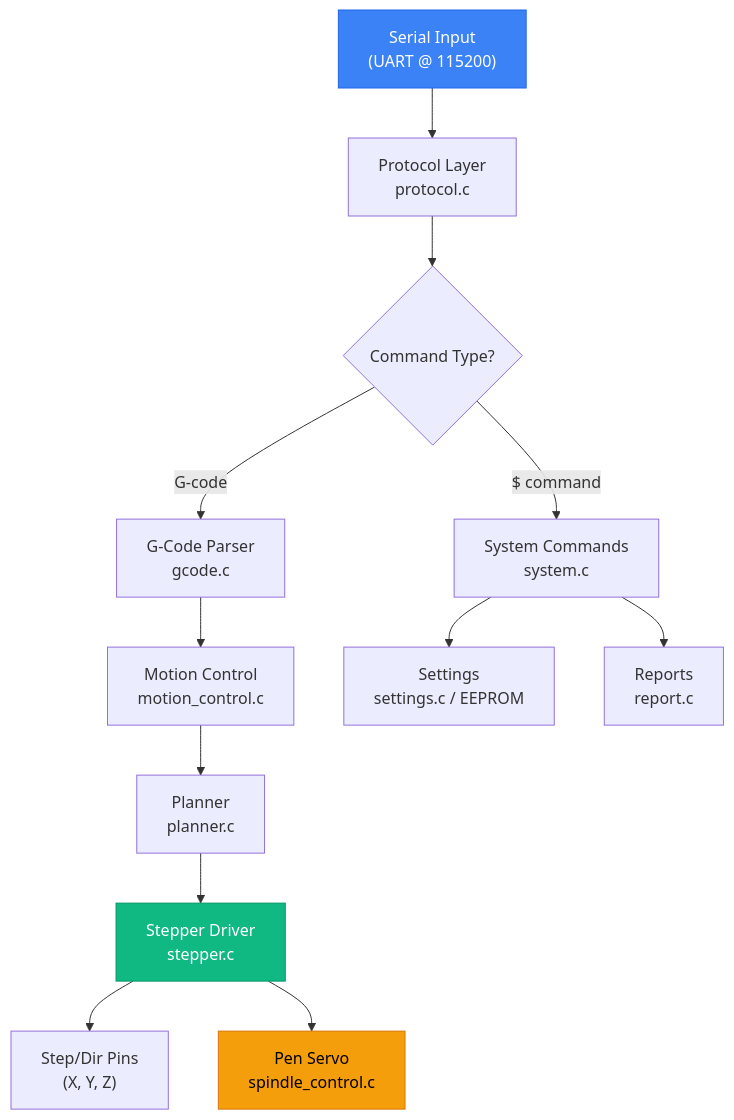
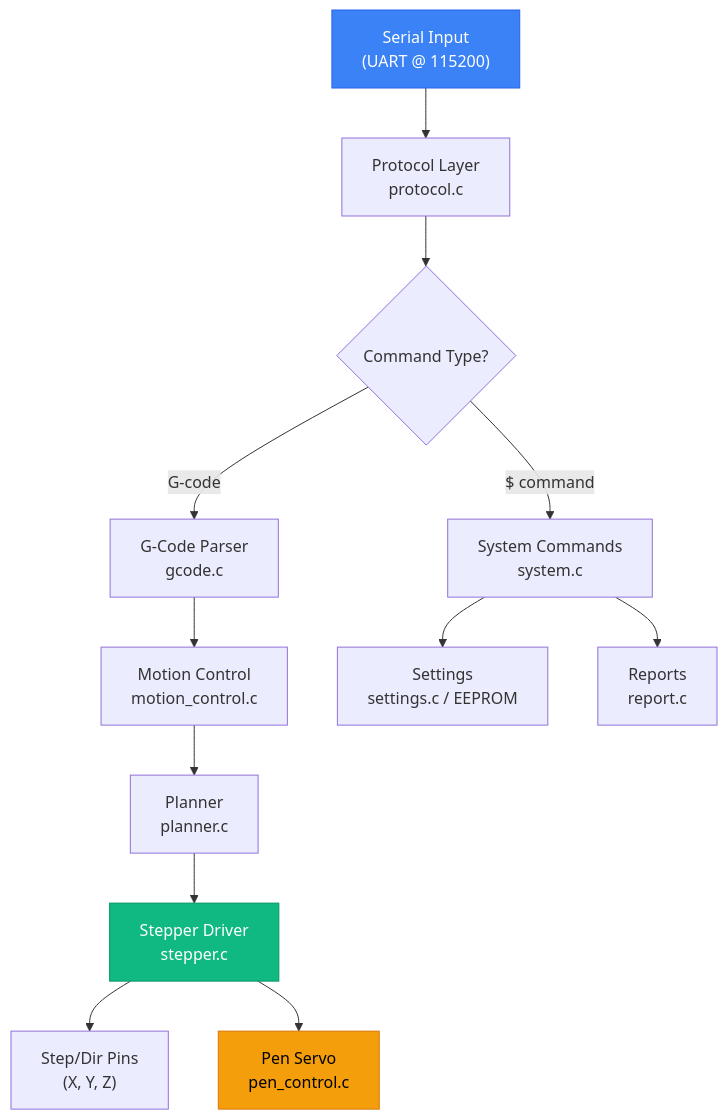
Before and after one commit to praveenmunagapati/grbl: the first of 2 diagrams in documentation.md, drawn with Mermaid. The commit also changed other lines of this file, not shown here.

Commit message:
docs: update documentation.md to reflect pen_control refactoring

````diff
--- a/documentation.md
+++ b/documentation.md
@@ -26,18 +26,18 @@
 ```mermaid
 graph TD
     A["Serial Input<br/>(UART @ 115200)"] --> B["Protocol Layer<br/>protocol.c"]
     B --> C{"Command Type?"}
     C -->|"G-code"| D["G-Code Parser<br/>gcode.c"]
     C -->|"$ command"| E["System Commands<br/>system.c"]
     D --> F["Motion Control<br/>motion_control.c"]
     F --> G["Planner<br/>planner.c"]
     G --> H["Stepper Driver<br/>stepper.c"]
     H --> I["Step/Dir Pins<br/>(X, Y, Z)"]
-    H --> J["Pen Servo<br/>spindle_control.c"]
+    H --> J["Pen Servo<br/>pen_control.c"]
     E --> K["Settings<br/>settings.c / EEPROM"]
     E --> L["Reports<br/>report.c"]
     
     style J fill:#f59e0b,stroke:#d97706,color:#000
     style A fill:#3b82f6,stroke:#2563eb,color:#fff
     style H fill:#10b981,stroke:#059669,color:#fff
 ```
````
